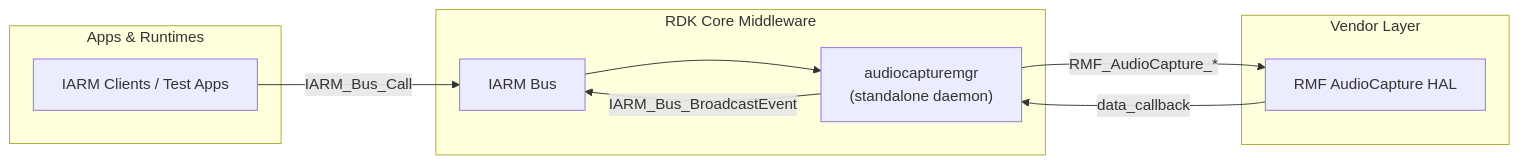
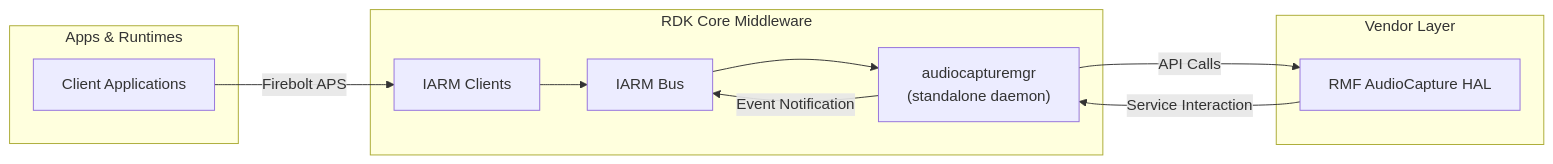
One commit to rns21/RDK_Documentation changed the first of 7 diagrams in docs/docu/RDKV-Documentations/audiocapturemgr.md. Above: the diagram before and after it, drawn with Mermaid. The commit also changed other lines of this file, not shown here.

First line of the commit message:
Revise flowchart and references in audiocapturemgr.md

````diff
--- a/docs/docu/RDKV-Documentations/audiocapturemgr.md
+++ b/docs/docu/RDKV-Documentations/audiocapturemgr.md
@@ -9,26 +9,28 @@
 ```mermaid
 flowchart LR
 
-classDef Apps stroke:#00B9F1,fill:#E6F7FD,stroke-width:2px;
+classDef Apps  stroke:#00B9F1,fill:#E6F7FD,stroke-width:2px;
 classDef RDKMW stroke:#75D701,fill:#F1FFE6,stroke-width:2px;
 classDef VL stroke:#808080,fill:#F2F2F2,stroke-width:2px;
 
 subgraph Apps["Apps & Runtimes"]
-    Clients["IARM Clients / Test Apps"]
+    ClientApps["Client Applications"]
 end
 
 subgraph RDKMW["RDK Core Middleware"]
+    IARMClients["IARM Clients"]
     ACM["audiocapturemgr\n(standalone daemon)"]
     IARM["IARM Bus"]
 end
 
 subgraph VL["Vendor Layer"]
     RMF["RMF AudioCapture HAL"]
 end
 
-Clients -->|IARM_Bus_Call| IARM
+ClientApps -->|Firebolt APS| IARMClients
+IARMClients --> IARM
 IARM --> ACM
-ACM -->|RMF_AudioCapture_*| RMF
-RMF -->|data_callback| ACM
-ACM -->|IARM_Bus_BroadcastEvent| IARM
+ACM -->|API Calls| RMF
+RMF -->|Service Interaction| ACM
+ACM -->|Event Notification| IARM
 ```
````
